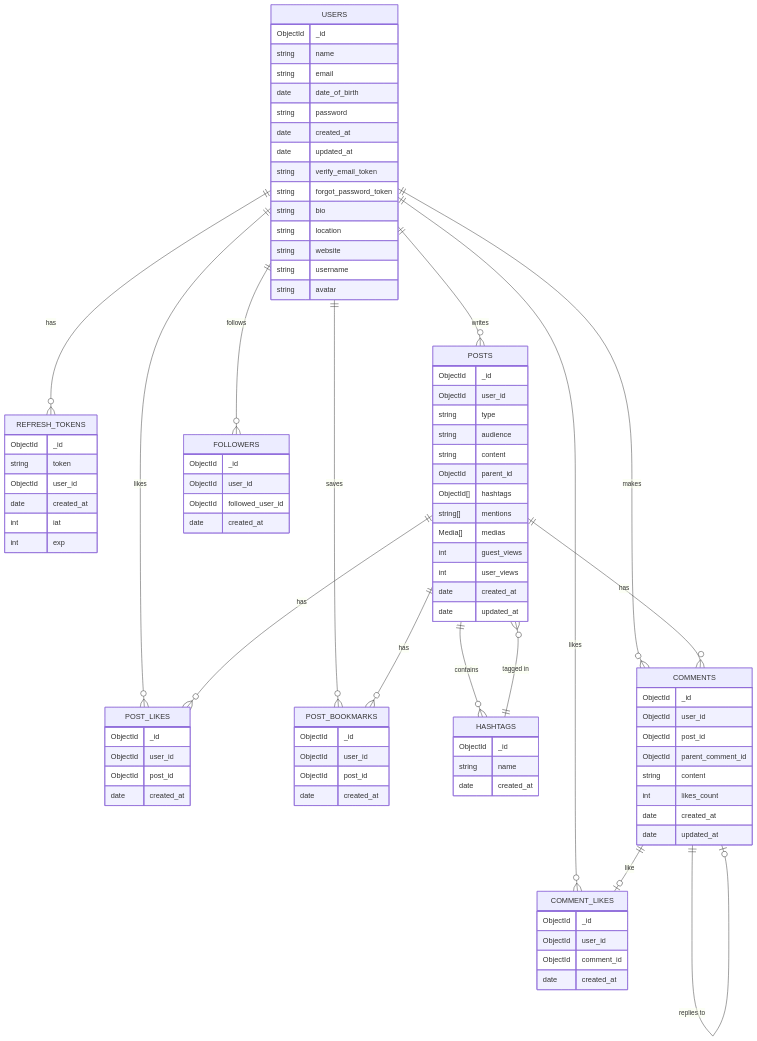
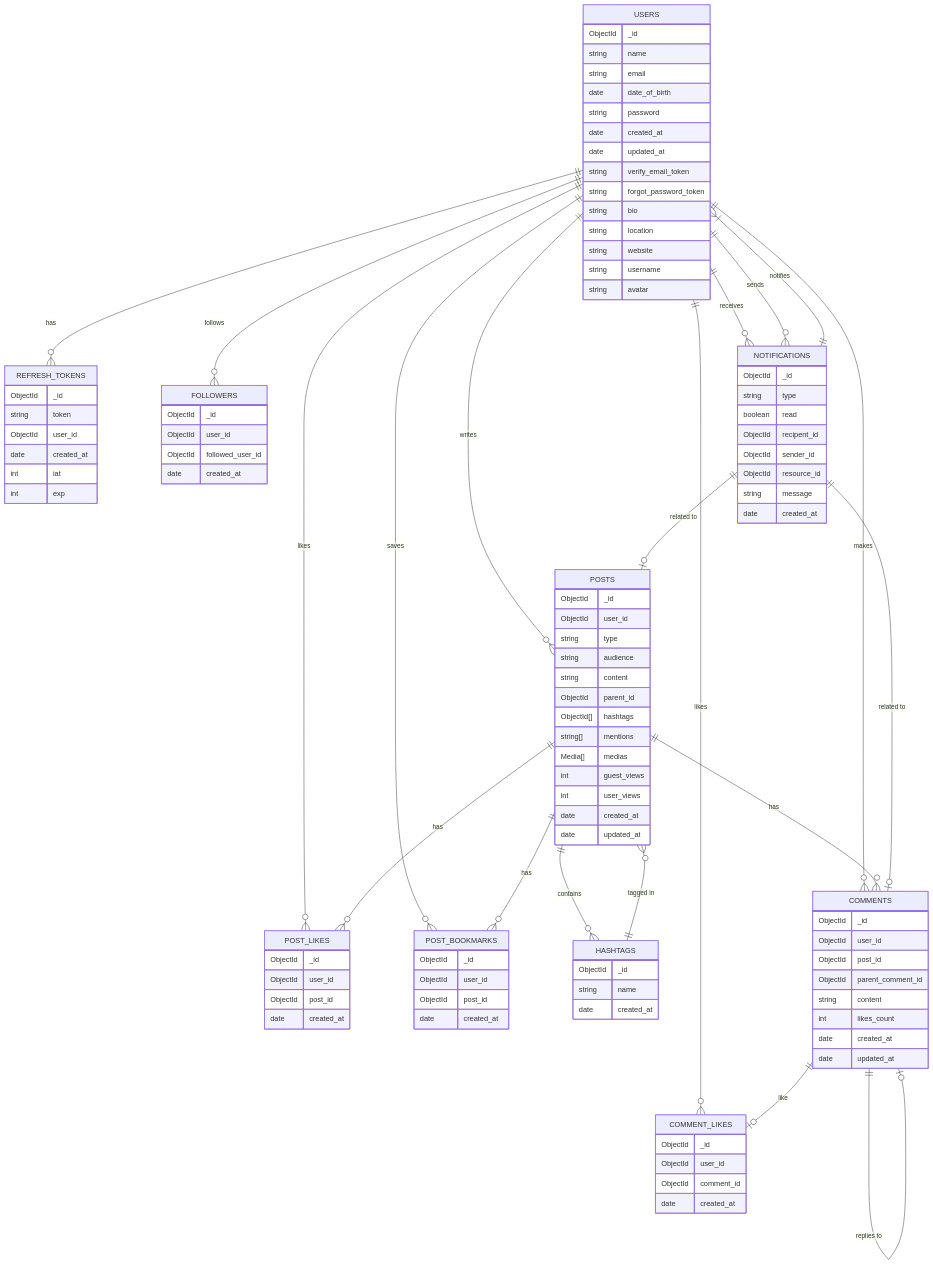
Before and after one commit to hanguyentieuyen/threads-replica: the diagram in document/database-erd.md, drawn with Mermaid. The commit also changed 9 other files, not shown here.

Commit message:
docs: notification collection, project diagram

````diff
--- a/document/database-erd.md
+++ b/document/database-erd.md
@@ -78,6 +78,16 @@
         ObjectId comment_id
         date created_at
     }
+    NOTIFICATIONS {
+        ObjectId _id
+        string type
+        boolean read
+        ObjectId recipent_id
+        ObjectId sender_id
+        ObjectId resource_id
+        string message
+        date created_at
+    }
 
     USERS ||--o{ REFRESH_TOKENS : "has"
     USERS ||--o{ POSTS : "writes"
@@ -86,6 +96,8 @@
     USERS ||--o{ FOLLOWERS : "follows"
     USERS ||--o{ POST_BOOKMARKS : "saves"
     USERS ||--o{ COMMENT_LIKES : "likes"
+    USERS ||--o{ NOTIFICATIONS : "receives"
+    USERS ||--o{ NOTIFICATIONS : "sends"
 
     POSTS ||--o{ COMMENTS : "has"
     POSTS ||--o{ POST_LIKES : "has"
@@ -94,8 +106,12 @@
     COMMENTS ||--o| COMMENTS : "replies to"
     COMMENTS ||--o| COMMENT_LIKES : "like"
 
-
     POSTS ||--o{ HASHTAGS : "contains"
     HASHTAGS ||--o{ POSTS : "tagged in"
 
+    NOTIFICATIONS ||--|{ USERS : "notifies"
+    NOTIFICATIONS ||--o| POSTS : "related to"
+    NOTIFICATIONS ||--o| COMMENTS : "related to"
+
+
 ```
````
